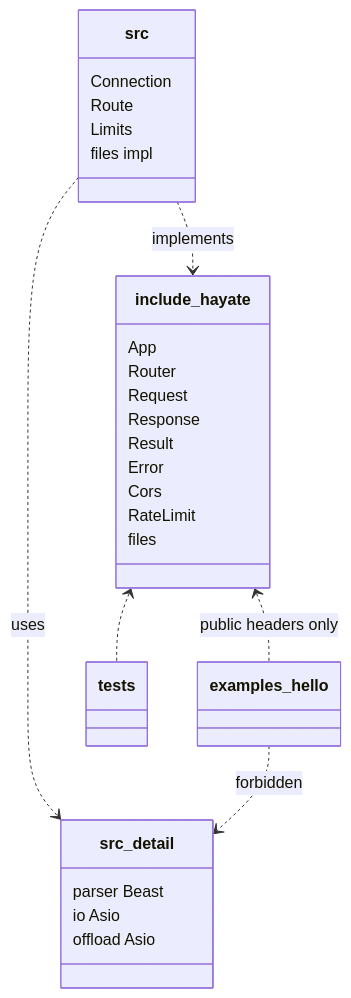
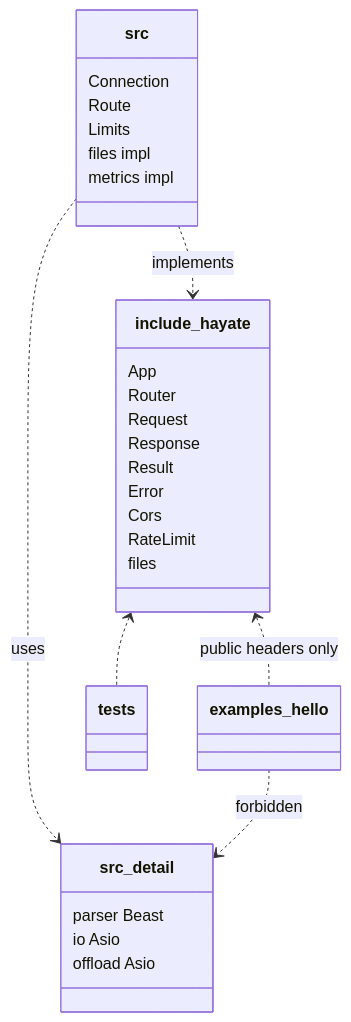
One commit to SilentMalachite/Hayate changed the second of 4 diagrams in docs/UML.md. Above: the diagram before and after it, drawn with Mermaid. The commit also changed 9 other files, not shown here.

````diff
--- a/docs/UML.md
+++ b/docs/UML.md
@@ -185,33 +185,34 @@
 ```mermaid
 classDiagram
     class include_hayate {
         App
         Router
         Request
         Response
         Result
         Error
         Cors
         RateLimit
         files
     }
     class src {
         Connection
         Route
         Limits
         files impl
+        metrics impl
     }
     class src_detail {
         parser Beast
         io Asio
         offload Asio
     }
     class examples_hello
     class tests
 
     include_hayate <.. examples_hello : public headers only
     include_hayate <.. tests
     src ..> include_hayate : implements
     src ..> src_detail : uses
     examples_hello ..> src_detail : forbidden
 ```
````
